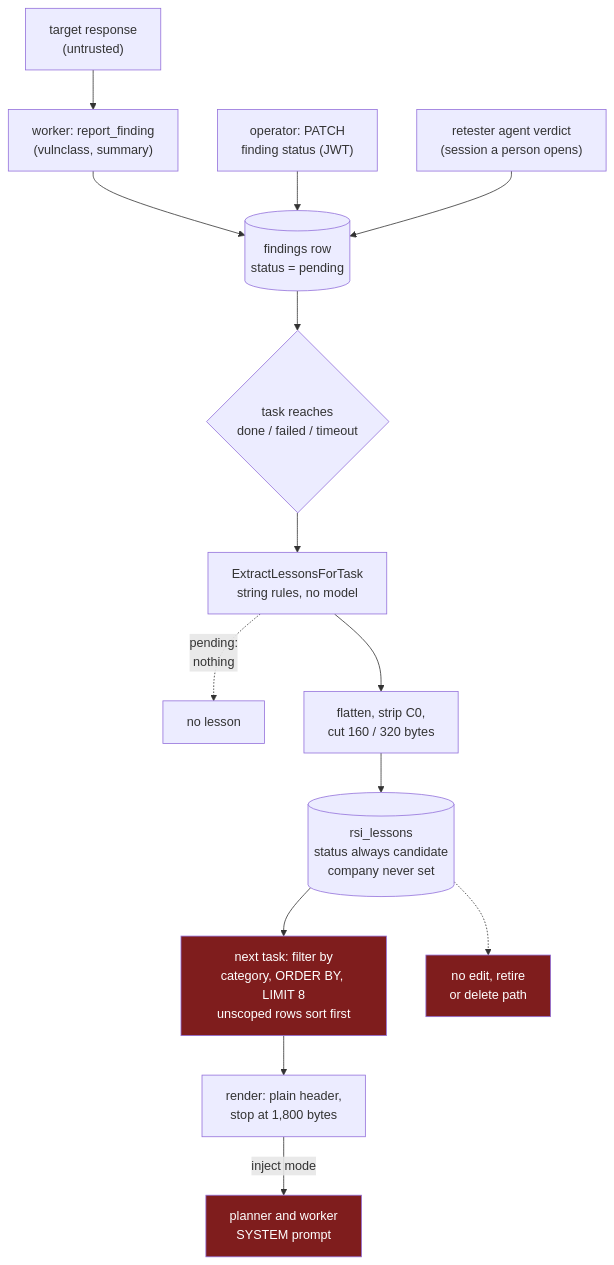
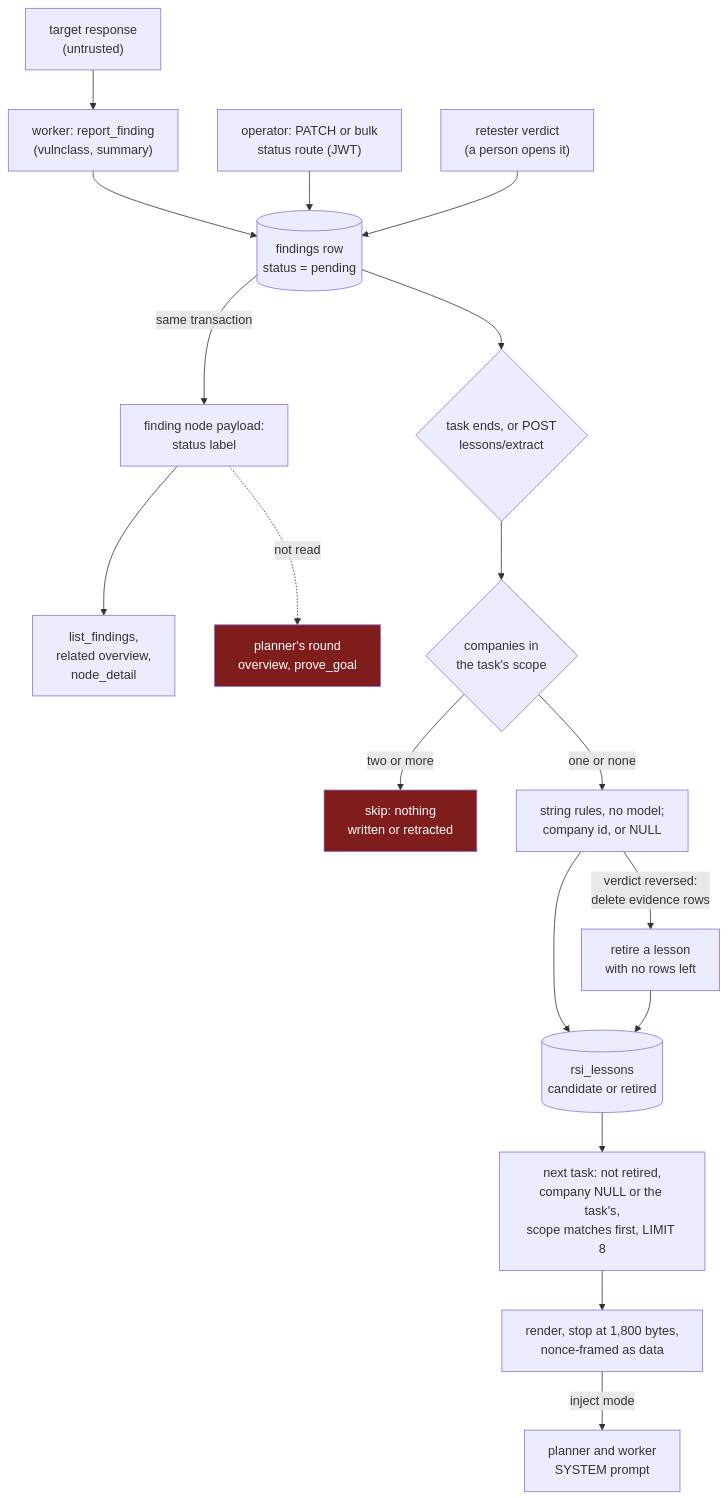
Before and after one commit to neoneye/agent-memory-atlas: the diagram in content/systems/artex.md, drawn with Mermaid. The commit also changed other lines of this file and 23 other files, not shown here.

````diff
--- a/content/systems/artex.md
+++ b/content/systems/artex.md
@@ -94,20 +97,23 @@
 ```mermaid
-%% caption: a finding becomes a lesson only after a disposition; the lesson is built by string rules, ranked with unscoped rows first, and appended to later tasks' system prompts with no way to retire it
+%% caption: a finding's disposition is copied onto the node agents read and gates which lesson a string rule builds; a reversed disposition deletes the lesson's evidence rows and retires it at zero, and the selection serves unretired lessons of the task's company, or of no company, inside a nonce frame
 flowchart TD
     T["target response<br/>(untrusted)"] --> W["worker: report_finding<br/>(vulnclass, summary)"]
     W --> F[("findings row<br/>status = pending")]
-    OP["operator: PATCH<br/>finding status (JWT)"] --> F
-    RT["retester agent verdict<br/>(session a person opens)"] --> F
-    F --> X{"task reaches<br/>done / failed / timeout"}
-    X --> EX["ExtractLessonsForTask<br/>string rules, no model"]
-    EX -.->|"pending:<br/>nothing"| NONE["no lesson"]
-    EX --> LT["flatten, strip C0,<br/>cut 160 / 320 bytes"]
-    LT --> L[("rsi_lessons<br/>status always candidate<br/>company never set")]
-    L --> SEL["next task: filter by<br/>category, ORDER BY, LIMIT 8<br/>unscoped rows sort first"]
-    SEL --> R["render: plain header,<br/>stop at 1,800 bytes"]
+    OP["operator: PATCH or bulk<br/>status route (JWT)"] --> F
+    RT["retester verdict<br/>(a person opens it)"] --> F
+    F -->|"same transaction"| N["finding node payload:<br/>status label"]
+    N --> LF["list_findings,<br/>related overview,<br/>node_detail"]
+    N -.->|"not read"| OV["planner's round<br/>overview, prove_goal"]
+    F --> X{"task ends, or POST<br/>lessons/extract"}
+    X --> MC{"companies in<br/>the task's scope"}
+    MC -->|"two or more"| NONE["skip: nothing<br/>written or retracted"]
+    MC -->|"one or none"| EX["string rules, no model;<br/>company id, or NULL"]
+    EX --> L[("rsi_lessons<br/>candidate or retired")]
+    EX -->|"verdict reversed:<br/>delete evidence rows"| RET["retire a lesson<br/>with no rows left"]
+    RET --> L
+    L --> SEL["next task: not retired,<br/>company NULL or the task's,<br/>scope matches first, LIMIT 8"]
+    SEL --> R["render, stop at 1,800 bytes,<br/>nonce-framed as data"]
     R -->|"inject mode"| SYS["planner and worker<br/>SYSTEM prompt"]
-    L -.-> DEAD["no edit, retire<br/>or delete path"]
-    style SEL fill:#7f1d1d,color:#fff
-    style SYS fill:#7f1d1d,color:#fff
-    style DEAD fill:#7f1d1d,color:#fff
+    style OV fill:#7f1d1d,color:#fff
+    style NONE fill:#7f1d1d,color:#fff
 ```
````
